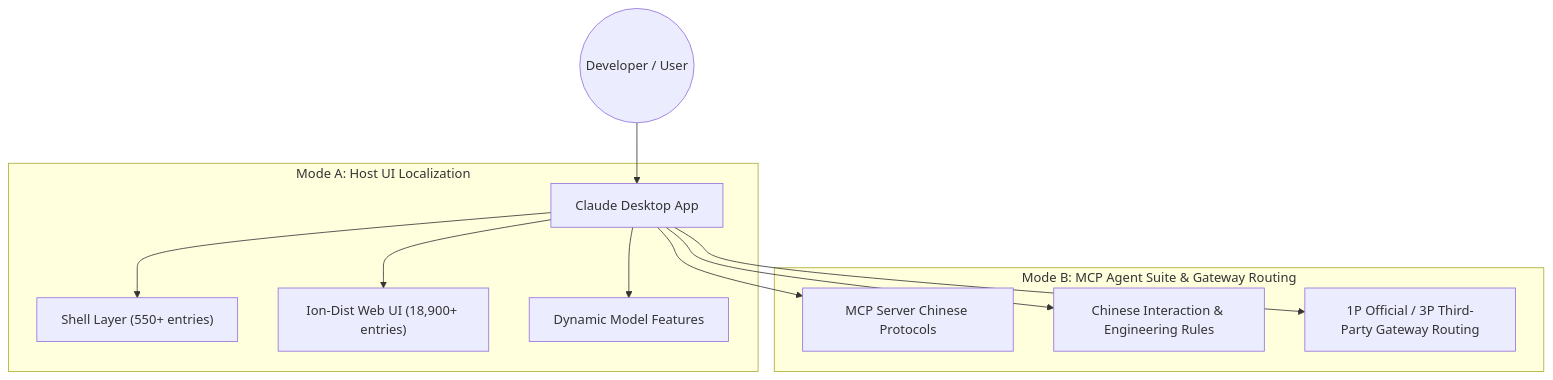
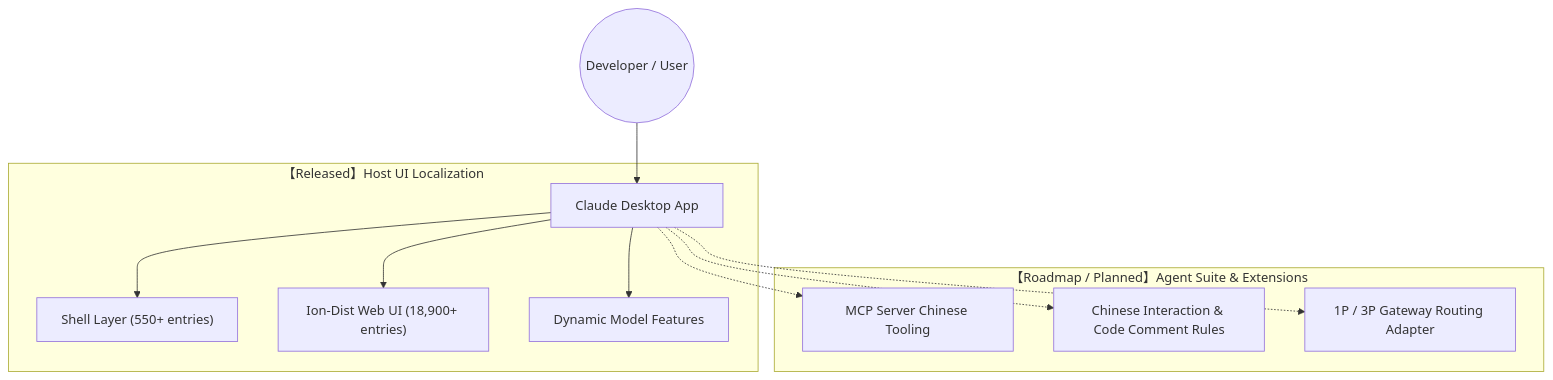
Before and after one commit to yiheng8023/claude-chinese: the diagram in README.en.md, drawn with Mermaid. The commit also changed other lines of this file and 3 other files, not shown here.

````diff
--- a/README.en.md
+++ b/README.en.md
@@ -34,16 +32,16 @@
 ```mermaid
 graph TD
     User((Developer / User)) --> ClaudeApp[Claude Desktop App]
     
-    subgraph Mode1 ["Mode A: Host UI Localization"]
+    subgraph Mode1 ["【Released】Host UI Localization"]
         ClaudeApp --> ShellLayer["Shell Layer (550+ entries)"]
         ClaudeApp --> WebUILayer["Ion-Dist Web UI (18,900+ entries)"]
         ClaudeApp --> DynamicLayer["Dynamic Model Features"]
     end
     
-    subgraph Mode2 ["Mode B: MCP Agent Suite & Gateway Routing"]
-        ClaudeApp --> MCP["MCP Server Chinese Protocols"]
-        ClaudeApp --> Rules["Chinese Interaction & Engineering Rules"]
-        ClaudeApp --> Switcher["1P Official / 3P Third-Party Gateway Routing"]
+    subgraph Mode2 ["【Roadmap / Planned】Agent Suite & Extensions"]
+        ClaudeApp -.-> MCP["MCP Server Chinese Tooling"]
+        ClaudeApp -.-> Rules["Chinese Interaction & Code Comment Rules"]
+        ClaudeApp -.-> Switcher["1P / 3P Gateway Routing Adapter"]
     end
 ```
````
